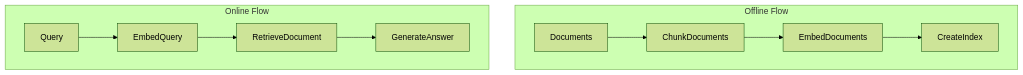
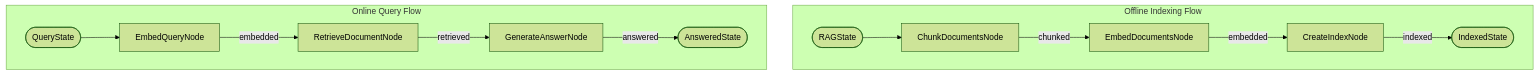
One commit to artificial-sapience/clearflow changed the diagram in examples/rag/README.md. Above: the diagram before and after it, drawn with Mermaid (forest theme). The commit also changed 5 other files, not shown here.

Commit message:
refactor: standardize README structures, enhance flow diagrams, and unify example configurations

````diff
--- a/examples/rag/README.md
+++ b/examples/rag/README.md
@@ -7,14 +7,16 @@
 ```mermaid
 graph TD
-    subgraph Offline Flow
-        Docs[Documents] --> Chunk[ChunkDocuments]
-        Chunk --> Embed[EmbedDocuments]
-        Embed --> Index[CreateIndex]
+    subgraph Offline Indexing Flow
+        Start1([RAGState]) --> Chunk[ChunkDocumentsNode]
+        Chunk -->|chunked| Embed[EmbedDocumentsNode]
+        Embed -->|embedded| Index[CreateIndexNode]
+        Index -->|indexed| End1([IndexedState])
     end
     
-    subgraph Online Flow
-        Query[Query] --> QEmbed[EmbedQuery]
-        QEmbed --> Retrieve[RetrieveDocument]
-        Retrieve --> Generate[GenerateAnswer]
+    subgraph Online Query Flow
+        Start2([QueryState]) --> EmbedQ[EmbedQueryNode]
+        EmbedQ -->|embedded| Retrieve[RetrieveDocumentNode]
+        Retrieve -->|retrieved| Generate[GenerateAnswerNode]
+        Generate -->|answered| End2([AnsweredState])
     end
 ```
````
